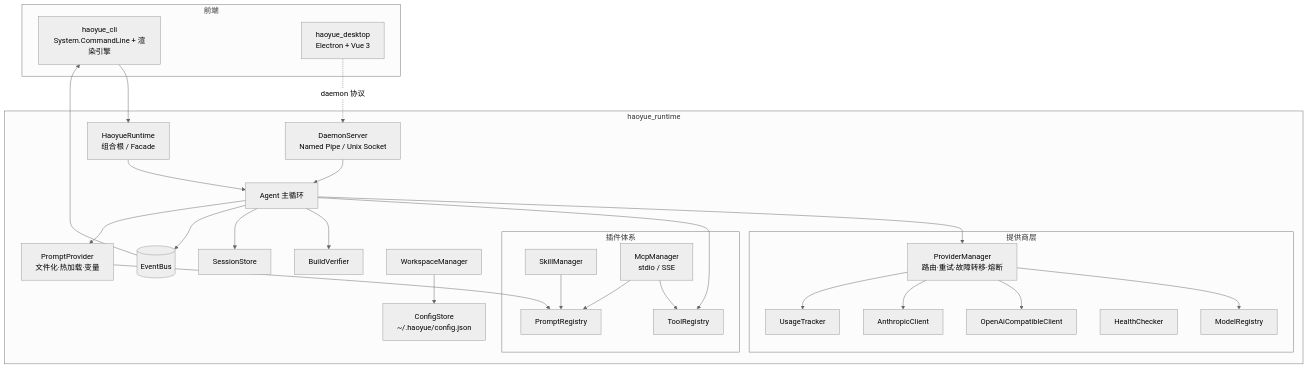
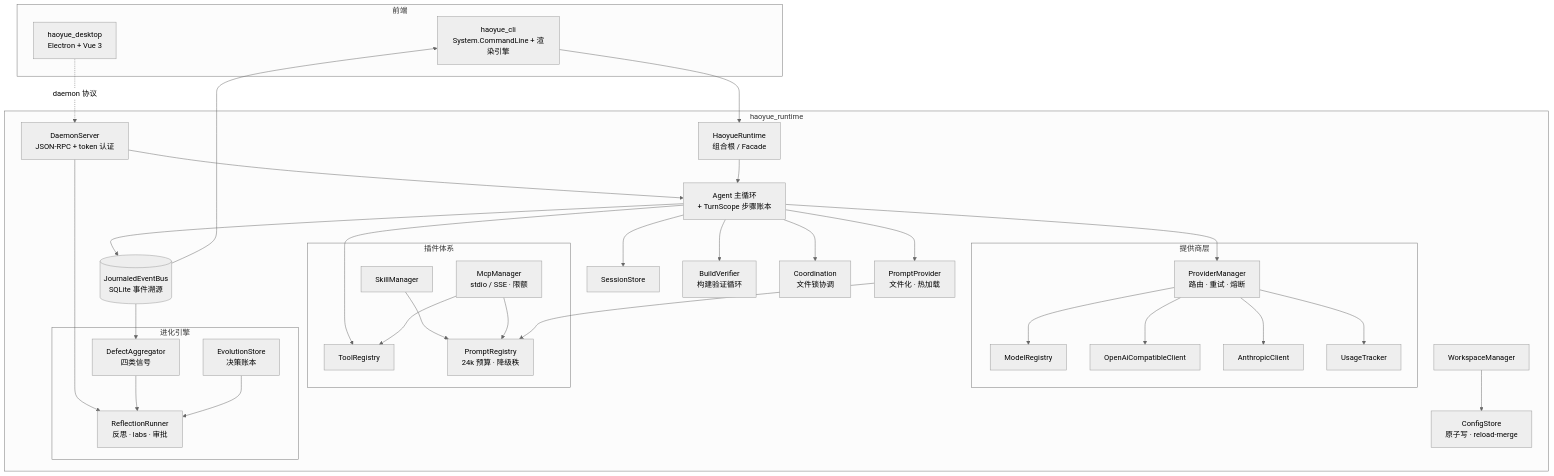
The second of 2 diagrams in README.md (Laogaodhck/haoyue), drawn with Mermaid (neutral theme) before and after one commit. The commit also changed other lines of this file and 1 other file, not shown here.

````diff
--- a/README.md
+++ b/README.md
@@ -161,54 +142,64 @@
 ```mermaid
 flowchart TD
     subgraph Frontends[前端]
         CLI[haoyue_cli<br/>System.CommandLine + 渲染引擎]
         DESKTOP[haoyue_desktop<br/>Electron + Vue 3]
     end
 
     subgraph Runtime[haoyue_runtime]
         Facade[HaoyueRuntime<br/>组合根 / Facade]
-        Agent[Agent 主循环]
-        Bus[(EventBus)]
+        Agent[Agent 主循环<br/>+ TurnScope 步骤账本]
+        Bus[(JournaledEventBus<br/>SQLite 事件溯源)]
         subgraph Provider[提供商层]
-            PM[ProviderManager<br/>路由·重试·故障转移·熔断]
+            PM[ProviderManager<br/>路由 · 重试 · 熔断]
             MR[ModelRegistry]
             OAI[OpenAiCompatibleClient]
             ANT[AnthropicClient]
-            HC[HealthChecker]
             UT[UsageTracker]
         end
         subgraph Plugins[插件体系]
             TR[ToolRegistry]
-            PR[PromptRegistry]
+            PR[PromptRegistry<br/>24k 预算 · 降级秩]
             SK[SkillManager]
-            MCP[McpManager<br/>stdio / SSE]
+            MCP[McpManager<br/>stdio / SSE · 限额]
         end
-        PP[PromptProvider<br/>文件化·热加载·变量]
+        subgraph Evolution[进化引擎]
+            DA[DefectAggregator<br/>四类信号]
+            ES[EvolutionStore<br/>决策账本]
+            RR[ReflectionRunner<br/>反思 · labs · 审批]
+        end
+        PP[PromptProvider<br/>文件化 · 热加载]
         WS[WorkspaceManager]
         SS[SessionStore]
-        VF[BuildVerifier]
-        CFG[ConfigStore<br/>~/.haoyue/config.json]
-        DMN[DaemonServer<br/>Named Pipe / Unix Socket]
+        VF[BuildVerifier<br/>构建验证循环]
+        CO[Coordination<br/>文件锁协调]
+        CFG[ConfigStore<br/>原子写 · reload-merge]
+        DMN[DaemonServer<br/>JSON-RPC + token 认证]
     end
 
     CLI --> Facade
     DESKTOP -. daemon 协议 .-> DMN
     DMN --> Agent
+    DMN --> RR
     Facade --> Agent
     Agent --> PM
     Agent --> TR
     Agent --> VF
     Agent --> SS
     Agent --> Bus
+    Agent --> CO
     PM --> MR
     PM --> OAI
     PM --> ANT
     PM --> UT
     SK --> PR
     MCP --> TR
     MCP --> PR
     Agent --> PP
     PP --> PR
+    Bus --> DA
+    DA --> RR
+    ES --> RR
     WS --> CFG
     Bus --> CLI
 ```
````
